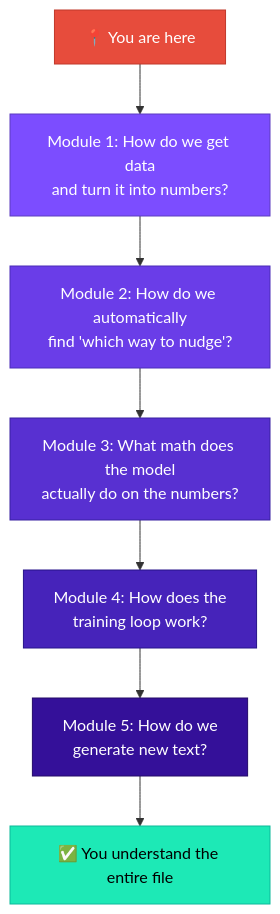
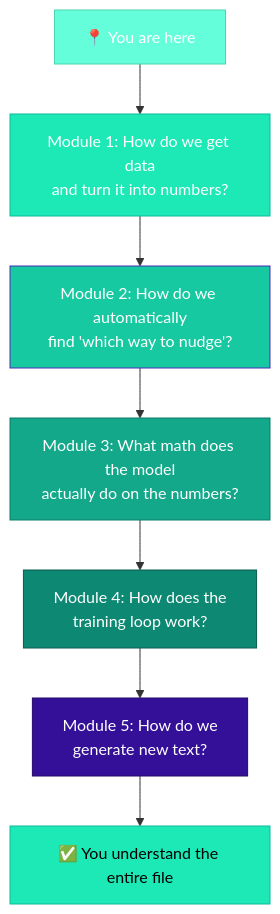
Before and after one commit to iamkhalid2/microgpt-course: the second of 2 diagrams in docs/00-the-big-picture/02-the-learning-machine-analogy.md, drawn with Mermaid. The commit also changed other lines of this file and 23 other files, not shown here.

````diff
--- a/docs/00-the-big-picture/02-the-learning-machine-analogy.md
+++ b/docs/00-the-big-picture/02-the-learning-machine-analogy.md
@@ -119,18 +119,18 @@
 ```mermaid
 flowchart TD
     HERE["📍 You are here"] --> M1
     M1["Module 1: How do we get data\nand turn it into numbers?"] --> M2
     M2["Module 2: How do we automatically\nfind 'which way to nudge'?"] --> M3
     M3["Module 3: What math does the model\nactually do on the numbers?"] --> M4
     M4["Module 4: How does the\ntraining loop work?"] --> M5
     M5["Module 5: How do we\ngenerate new text?"] --> DONE
     DONE["✅ You understand the entire file"]
 
-    style HERE fill:#e74c3c,stroke:#c0392b,color:#fff
-    style M1 fill:#7c4dff,stroke:#5c3cbf,color:#fff
-    style M2 fill:#6a3de8,stroke:#4a2db8,color:#fff
-    style M3 fill:#5830d1,stroke:#3820a1,color:#fff
-    style M4 fill:#4623ba,stroke:#26138a,color:#fff
+    style HERE fill:#64ffda,stroke:#4dd4b0,color:#fff
+    style M1 fill:#1de9b6,stroke:#0db99a,color:#fff
+    style M2 fill:#17c9a0,stroke:#4a2db8,color:#fff
+    style M3 fill:#12a889,stroke:#0a7d68,color:#fff
+    style M4 fill:#0d8872,stroke:#085c4e,color:#fff
     style M5 fill:#341099,stroke:#240a69,color:#fff
     style DONE fill:#1de9b6,stroke:#0db99a,color:#000
 ```
````
